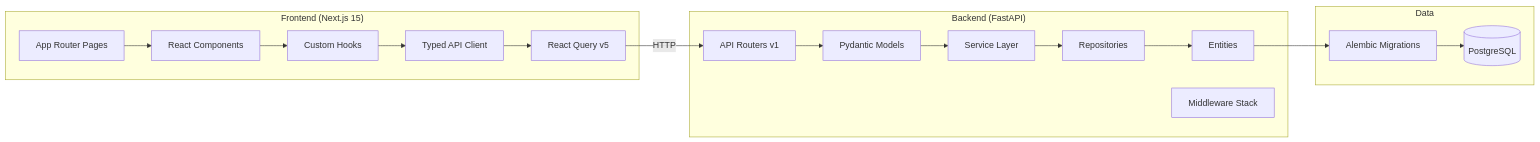
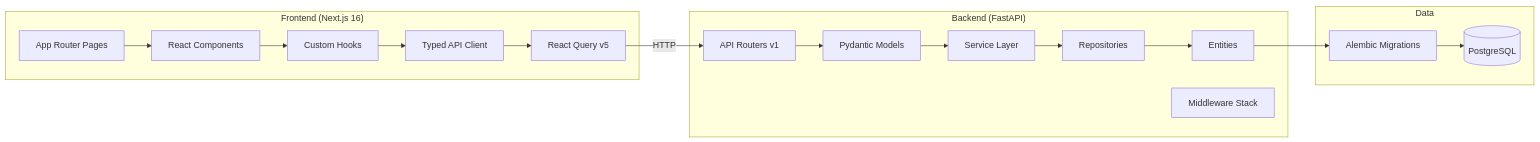
One commit to berserkhmdvhb/fullstack_template changed the second of 6 diagrams in wiki/architecture.md. Above: the diagram before and after it, drawn with Mermaid. The commit also changed other lines of this file and 28 other files, not shown here.

First line of the commit message:
feat(frontend): move to Next.js 16 and React 19; middleware.ts becomes proxy.ts

````diff
--- a/wiki/architecture.md
+++ b/wiki/architecture.md
@@ -55,28 +55,28 @@
 ```mermaid
 flowchart LR
-    subgraph Frontend["Frontend (Next.js 15)"]
+    subgraph Frontend["Frontend (Next.js 16)"]
         Pages["App Router Pages"]
         Components["React Components"]
         Hooks["Custom Hooks"]
         APIClient["Typed API Client"]
         Query["React Query v5"]
     end
 
     subgraph Backend["Backend (FastAPI)"]
         Routers["API Routers v1"]
         Schemas["Pydantic Models"]
         Services["Service Layer"]
         Repos["Repositories"]
         Entities["Entities"]
         Middleware["Middleware Stack"]
     end
 
     subgraph Data["Data"]
         PG[("PostgreSQL")]
         Migrations["Alembic Migrations"]
     end
 
     Pages --> Components --> Hooks --> APIClient --> Query
     Query -->|"HTTP"| Routers
     Routers --> Schemas --> Services --> Repos --> Entities --> Migrations --> PG
 ```
````
